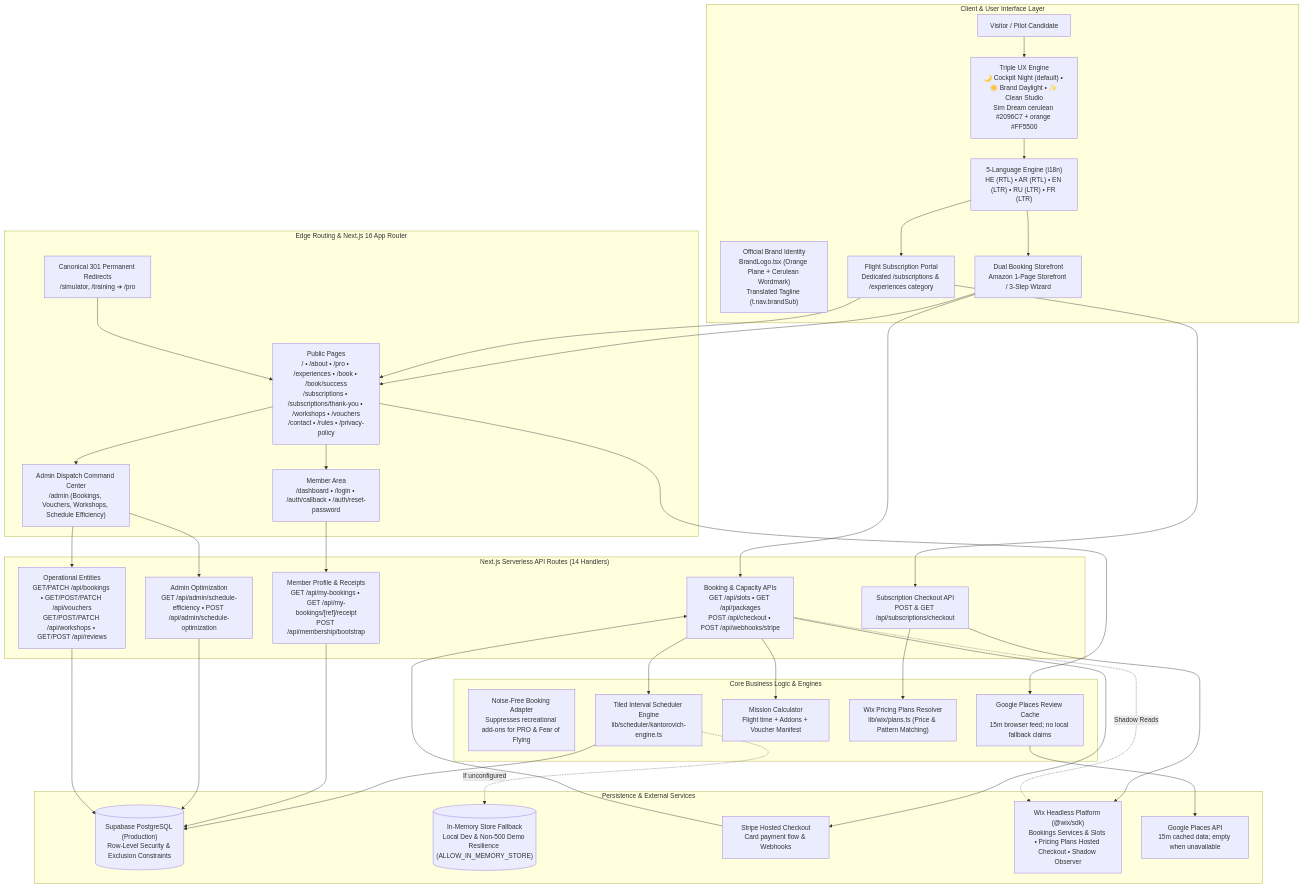
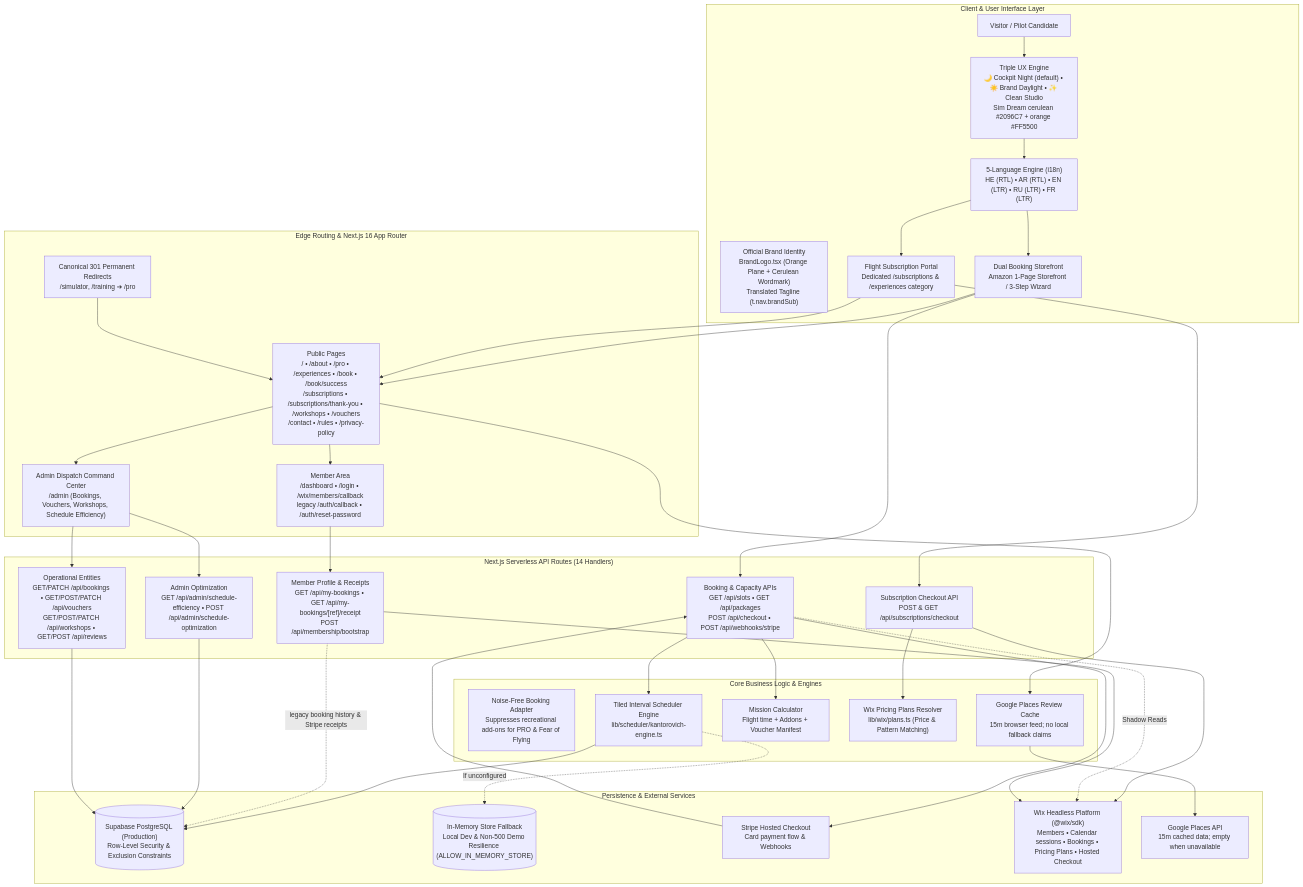
One commit to hatan4ik/simdream-website changed the first of 7 diagrams in ARCHITECTURE.md. Above: the diagram before and after it, drawn with Mermaid. The commit also changed other lines of this file and 20 other files, not shown here.

````diff
--- a/ARCHITECTURE.md
+++ b/ARCHITECTURE.md
@@ -9,70 +9,71 @@
 ```mermaid
 flowchart TD
     subgraph ClientLayer["Client & User Interface Layer"]
         User["Visitor / Pilot Candidate"]
         BrandLogoSystem["Official Brand Identity<br/>BrandLogo.tsx (Orange Plane + Cerulean Wordmark)<br/>Translated Tagline (t.nav.brandSub)"]
         ThemeEngine["Triple UX Engine<br/>🌙 Cockpit Night (default) • ☀️ Brand Daylight • ✨ Clean Studio<br/>Sim Dream cerulean #2096C7 + orange #FF5500"]
         I18nEngine["5-Language Engine (i18n)<br/>HE (RTL) • AR (RTL) • EN (LTR) • RU (LTR) • FR (LTR)"]
         StorefrontUI["Dual Booking Storefront<br/>Amazon 1-Page Storefront / 3-Step Wizard"]
         SubPortalUI["Flight Subscription Portal<br/>Dedicated /subscriptions & /experiences category"]
     end
 
     subgraph RoutingLayer["Edge Routing & Next.js 16 App Router"]
         CanonicalRedirects["Canonical 301 Permanent Redirects<br/>/simulator, /training ➔ /pro"]
         PublicPages["Public Pages<br/>/ • /about • /pro • /experiences • /book • /book/success<br/>/subscriptions • /subscriptions/thank-you • /workshops • /vouchers<br/>/contact • /rules • /privacy-policy"]
-        MemberPages["Member Area<br/>/dashboard • /login • /auth/callback • /auth/reset-password"]
+        MemberPages["Member Area<br/>/dashboard • /login • /wix/members/callback<br/>legacy /auth/callback • /auth/reset-password"]
         AdminPages["Admin Dispatch Command Center<br/>/admin (Bookings, Vouchers, Workshops, Schedule Efficiency)"]
     end
 
     subgraph BusinessLogic["Core Business Logic & Engines"]
         NoiseFreeAdapter["Noise-Free Booking Adapter<br/>Suppresses recreational add-ons for PRO & Fear of Flying"]
         KantorovichEngine["Tiled Interval Scheduler Engine<br/>lib/scheduler/kantorovich-engine.ts"]
         MissionCalc["Mission Calculator<br/>Flight time + Addons + Voucher Manifest"]
         WixPlansResolver["Wix Pricing Plans Resolver<br/>lib/wix/plans.ts (Price & Pattern Matching)"]
         ReviewsCache["Google Places Review Cache<br/>15m browser feed; no local fallback claims"]
     end
 
     subgraph APILayer["Next.js Serverless API Routes (14 Handlers)"]
         BookingAPIs["Booking & Capacity APIs<br/>GET /api/slots • GET /api/packages<br/>POST /api/checkout • POST /api/webhooks/stripe"]
         SubscriptionAPIs["Subscription Checkout API<br/>POST & GET /api/subscriptions/checkout"]
         MemberAPIs["Member Profile & Receipts<br/>GET /api/my-bookings • GET /api/my-bookings/[ref]/receipt<br/>POST /api/membership/bootstrap"]
         OperationsAPIs["Operational Entities<br/>GET/PATCH /api/bookings • GET/POST/PATCH /api/vouchers<br/>GET/POST/PATCH /api/workshops • GET/POST /api/reviews"]
         AdminAPIs["Admin Optimization<br/>GET /api/admin/schedule-efficiency • POST /api/admin/schedule-optimization"]
     end
 
     subgraph PersistenceLayer["Persistence & External Services"]
         SupabaseDB[("Supabase PostgreSQL (Production)<br/>Row-Level Security & Exclusion Constraints")]
         InMemoryFallback[("In-Memory Store Fallback<br/>Local Dev & Non-500 Demo Resilience (ALLOW_IN_MEMORY_STORE)")]
         StripeService["Stripe Hosted Checkout<br/>Card payment flow & Webhooks"]
-        WixHeadless["Wix Headless Platform (@wix/sdk)<br/>Bookings Services & Slots • Pricing Plans Hosted Checkout • Shadow Observer"]
+        WixHeadless["Wix Headless Platform (@wix/sdk)<br/>Members • Calendar sessions • Bookings • Pricing Plans • Hosted Checkout"]
         GooglePlaces["Google Places API<br/>15m cached data; empty when unavailable"]
     end
 
     User --> ThemeEngine --> I18nEngine
     I18nEngine --> StorefrontUI
     I18nEngine --> SubPortalUI
 
     StorefrontUI --> PublicPages
     SubPortalUI --> PublicPages
     CanonicalRedirects --> PublicPages
     PublicPages --> MemberPages
     PublicPages --> AdminPages
 
     StorefrontUI --> BookingAPIs
     SubPortalUI --> SubscriptionAPIs
 
     BookingAPIs --> KantorovichEngine
     BookingAPIs --> MissionCalc
     SubscriptionAPIs --> WixPlansResolver
     PublicPages --> ReviewsCache --> GooglePlaces
 
     KantorovichEngine --> SupabaseDB
     KantorovichEngine -.->|If unconfigured| InMemoryFallback
     BookingAPIs --> StripeService
     StripeService --> BookingAPIs
     SubscriptionAPIs --> WixHeadless
     BookingAPIs -.->|Shadow Reads| WixHeadless
-    MemberPages --> MemberAPIs --> SupabaseDB
+    MemberPages --> MemberAPIs --> WixHeadless
+    MemberAPIs -.->|legacy booking history & Stripe receipts| SupabaseDB
     AdminPages --> AdminAPIs --> SupabaseDB
     AdminPages --> OperationsAPIs --> SupabaseDB
 ```
````
